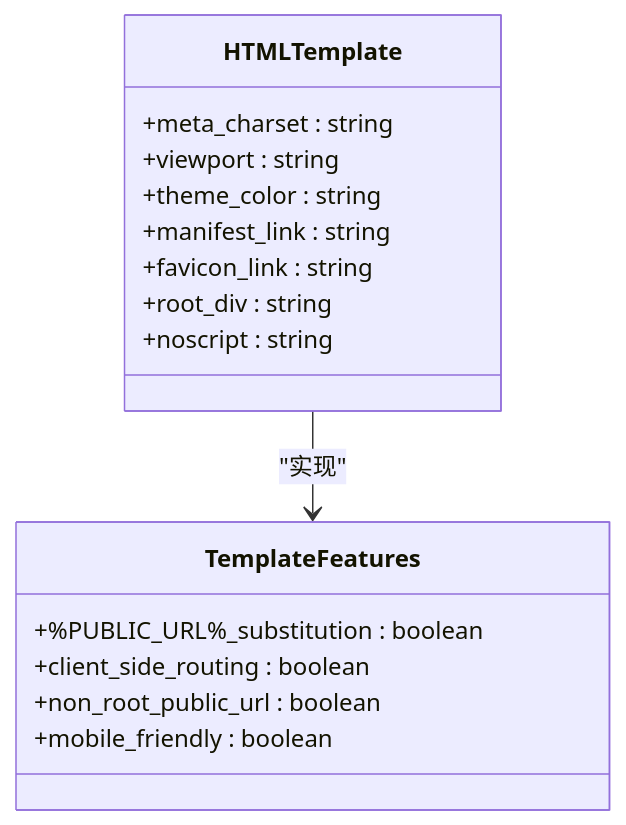
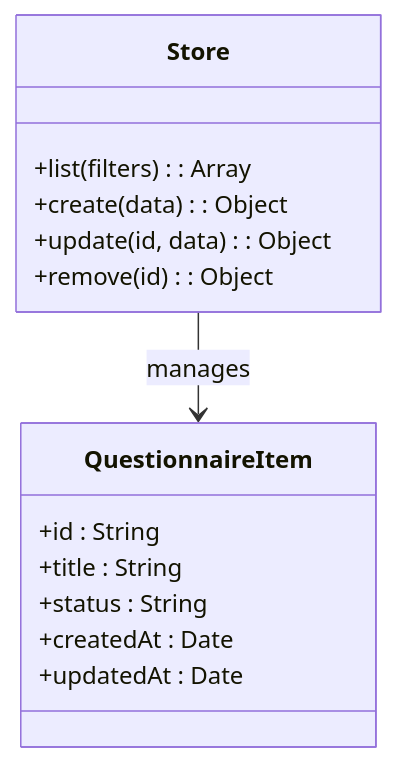
The seventh of 16 diagrams in .qoder/repowiki/zh/content/项目结构/项目结构.md (kkxxll/reactNext), drawn with Mermaid before and after one commit. The commit also changed other lines of this file and 12 other files, not shown here.

````diff
--- a/.qoder/repowiki/zh/content/项目结构/项目结构.md
+++ b/.qoder/repowiki/zh/content/项目结构/项目结构.md
@@ -234,19 +327,17 @@
 ```mermaid
 classDiagram
-class HTMLTemplate {
-+meta_charset : string
-+viewport : string
-+theme_color : string
-+manifest_link : string
-+favicon_link : string
-+root_div : string
-+noscript : string
+class Store {
++list(filters) : Array
++create(data) : Object
++update(id, data) : Object
++remove(id) : Object
 }
-class TemplateFeatures {
-+%PUBLIC_URL%_substitution : boolean
-+client_side_routing : boolean
-+non_root_public_url : boolean
-+mobile_friendly : boolean
+class QuestionnaireItem {
++id : String
++title : String
++status : String
++createdAt : Date
++updatedAt : Date
 }
-HTMLTemplate --> TemplateFeatures : "实现"
+Store --> QuestionnaireItem : manages
 ```
````
